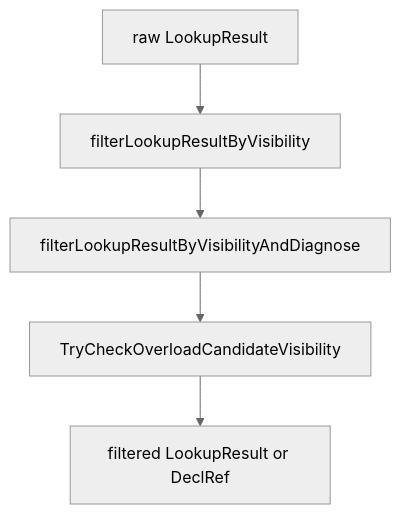
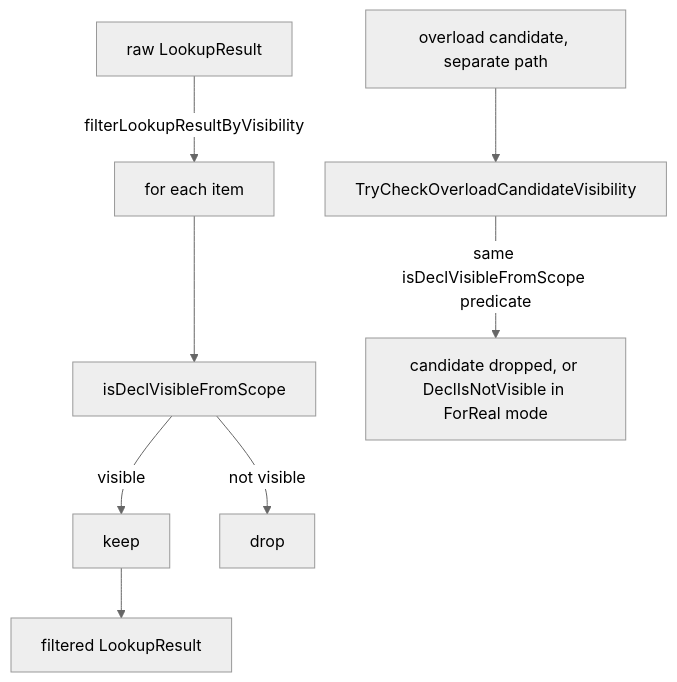
One commit to shader-slang/slang changed the diagram in docs/generated/design/name-resolution/visibility.md. Above: the diagram before and after it, drawn with Mermaid (neutral theme). The commit also changed other lines of this file and 176 other files, not shown here.

````diff
--- a/docs/generated/design/name-resolution/visibility.md
+++ b/docs/generated/design/name-resolution/visibility.md
@@ -152,11 +179,19 @@
 ```mermaid
 flowchart TB
   raw["raw LookupResult"]
-  vis["filterLookupResultByVisibility"]
-  diag["filterLookupResultByVisibilityAndDiagnose"]
+  item["for each item"]
+  pred["isDeclVisibleFromScope"]
+  keep["keep"]
+  drop["drop"]
+  result["filtered LookupResult"]
+  cand["overload candidate, separate path"]
   ovld["TryCheckOverloadCandidateVisibility"]
-  result["filtered LookupResult or DeclRef"]
-  raw --> vis --> diag
-  diag --> ovld
-  ovld --> result
+  verdict["candidate dropped, or DeclIsNotVisible in ForReal mode"]
+  raw -->|"filterLookupResultByVisibility"| item
+  item --> pred
+  pred -->|"visible"| keep
+  pred -->|"not visible"| drop
+  keep --> result
+  cand --> ovld
+  ovld -->|"same isDeclVisibleFromScope predicate"| verdict
 ```
````
